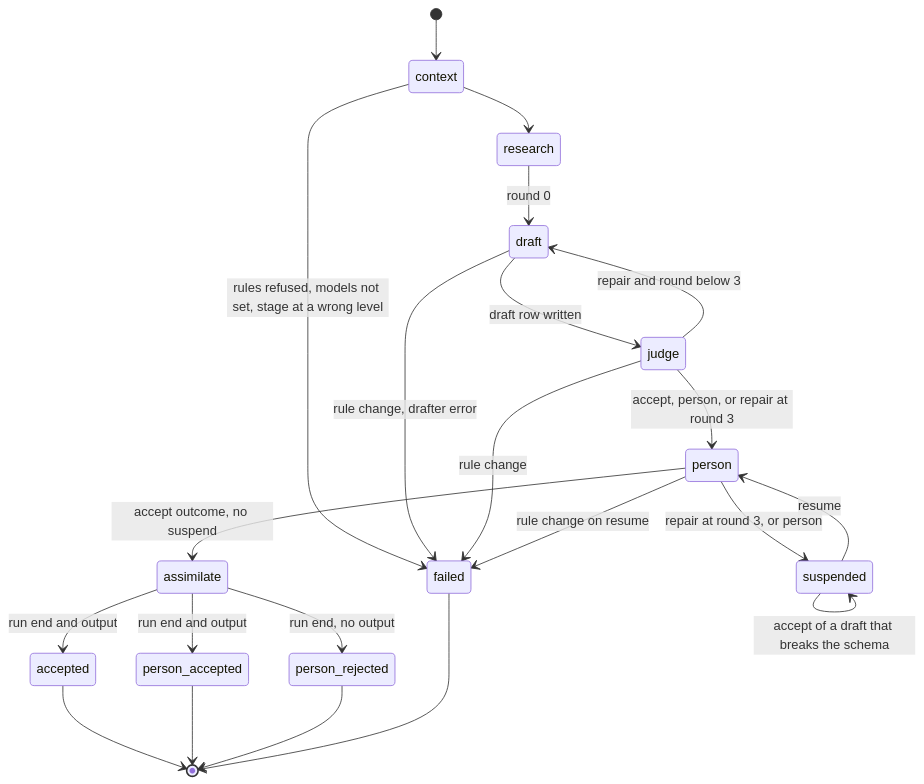
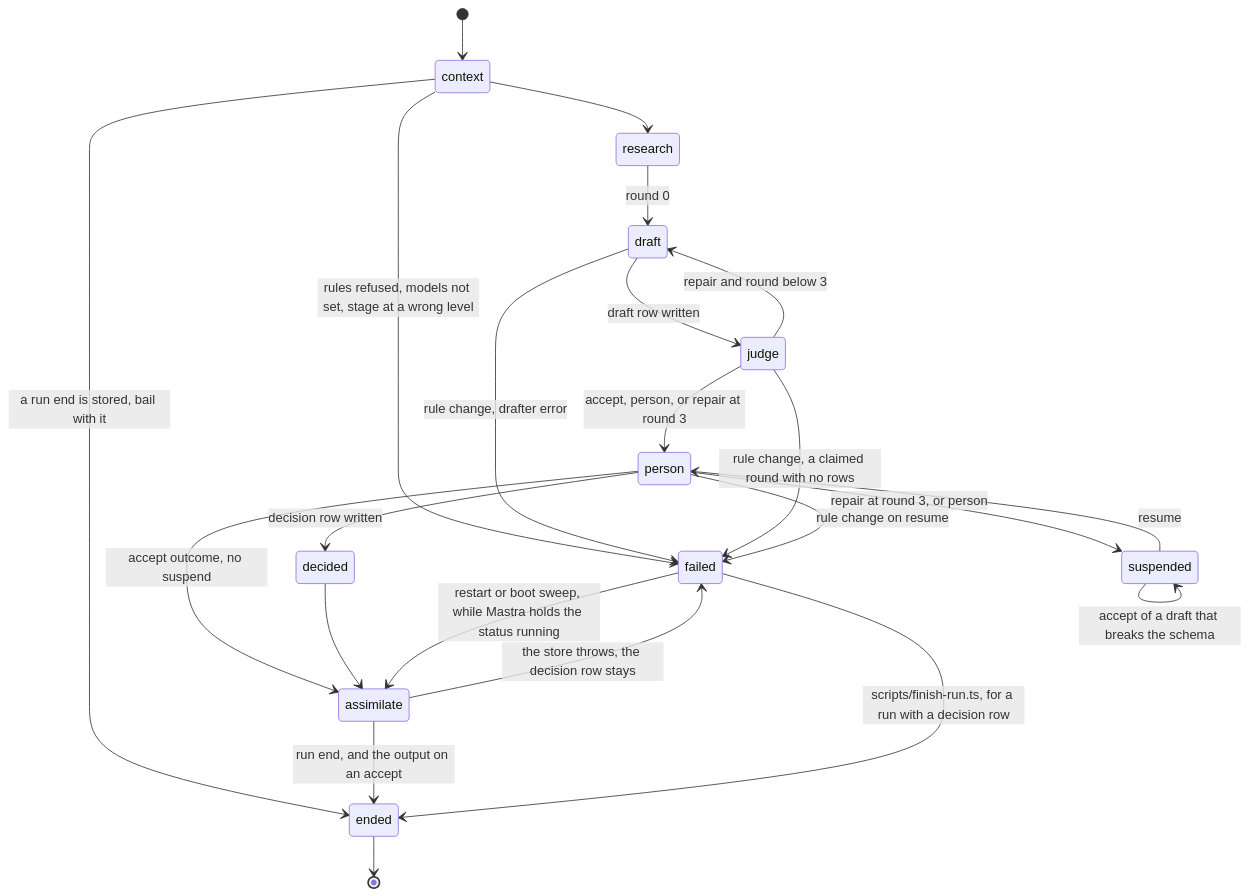
The diagram in docs/design/stage-workflow.md (Ronitron007/product-eval-harness), drawn with Mermaid before and after one commit. The commit also changed other lines of this file and 45 other files, not shown here.

````diff
--- a/docs/design/stage-workflow.md
+++ b/docs/design/stage-workflow.md
@@ -347,24 +414,25 @@
 ```mermaid
 stateDiagram-v2
   [*] --> context
+  context --> ended: a run end is stored, bail with it
   context --> failed: rules refused, models not set, stage at a wrong level
   context --> research
   research --> draft: round 0
   draft --> judge: draft row written
   judge --> draft: repair and round below 3
   judge --> person: accept, person, or repair at round 3
   draft --> failed: rule change, drafter error
-  judge --> failed: rule change
+  judge --> failed: rule change, a claimed round with no rows
   person --> assimilate: accept outcome, no suspend
   person --> suspended: repair at round 3, or person
   suspended --> person: resume
   person --> failed: rule change on resume
   suspended --> suspended: accept of a draft that breaks the schema
-  assimilate --> accepted: run end and output
-  assimilate --> person_accepted: run end and output
-  assimilate --> person_rejected: run end, no output
-  accepted --> [*]
-  person_accepted --> [*]
-  person_rejected --> [*]
-  failed --> [*]
+  person --> decided: decision row written
+  decided --> assimilate
+  assimilate --> ended: run end, and the output on an accept
+  assimilate --> failed: the store throws, the decision row stays
+  failed --> ended: scripts/finish-run.ts, for a run with a decision row
+  failed --> assimilate: restart or boot sweep, while Mastra holds the status running
+  ended --> [*]
 ```
````
